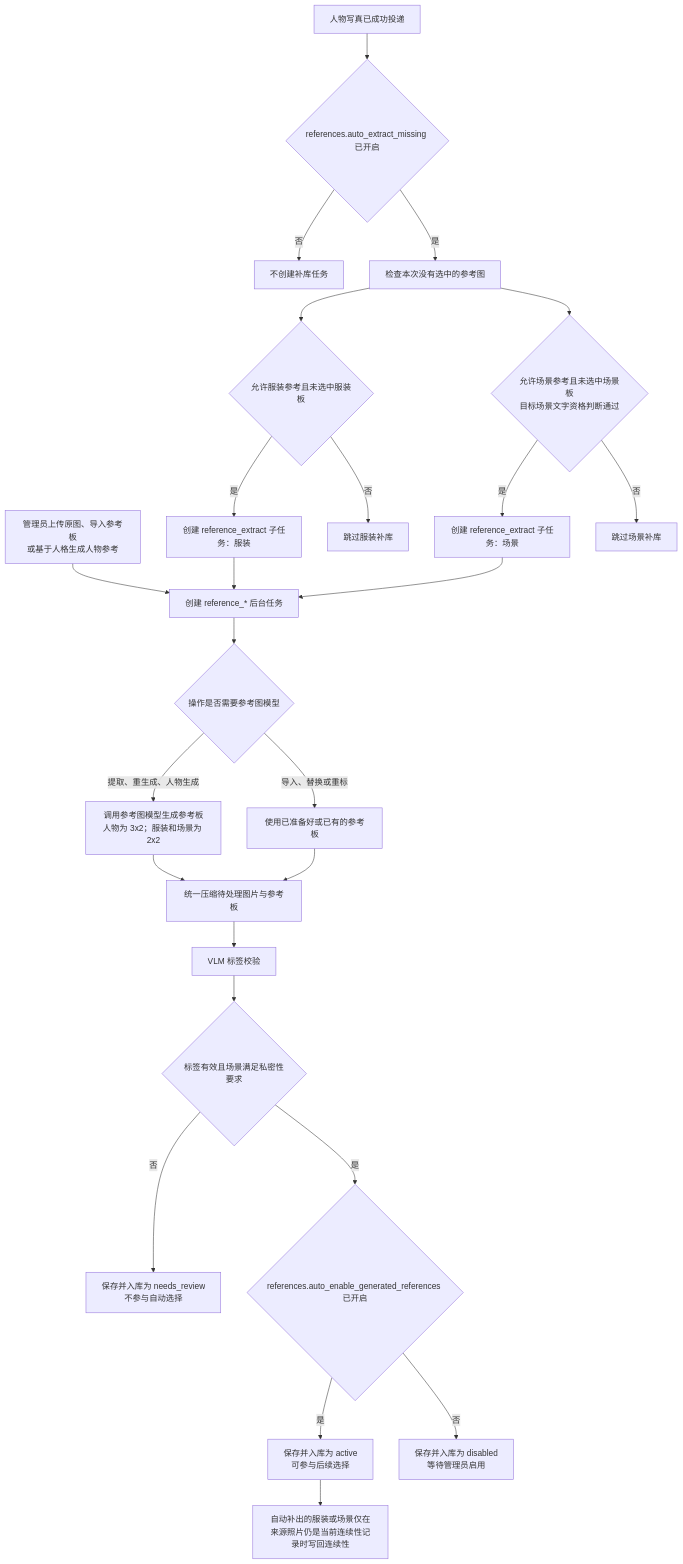
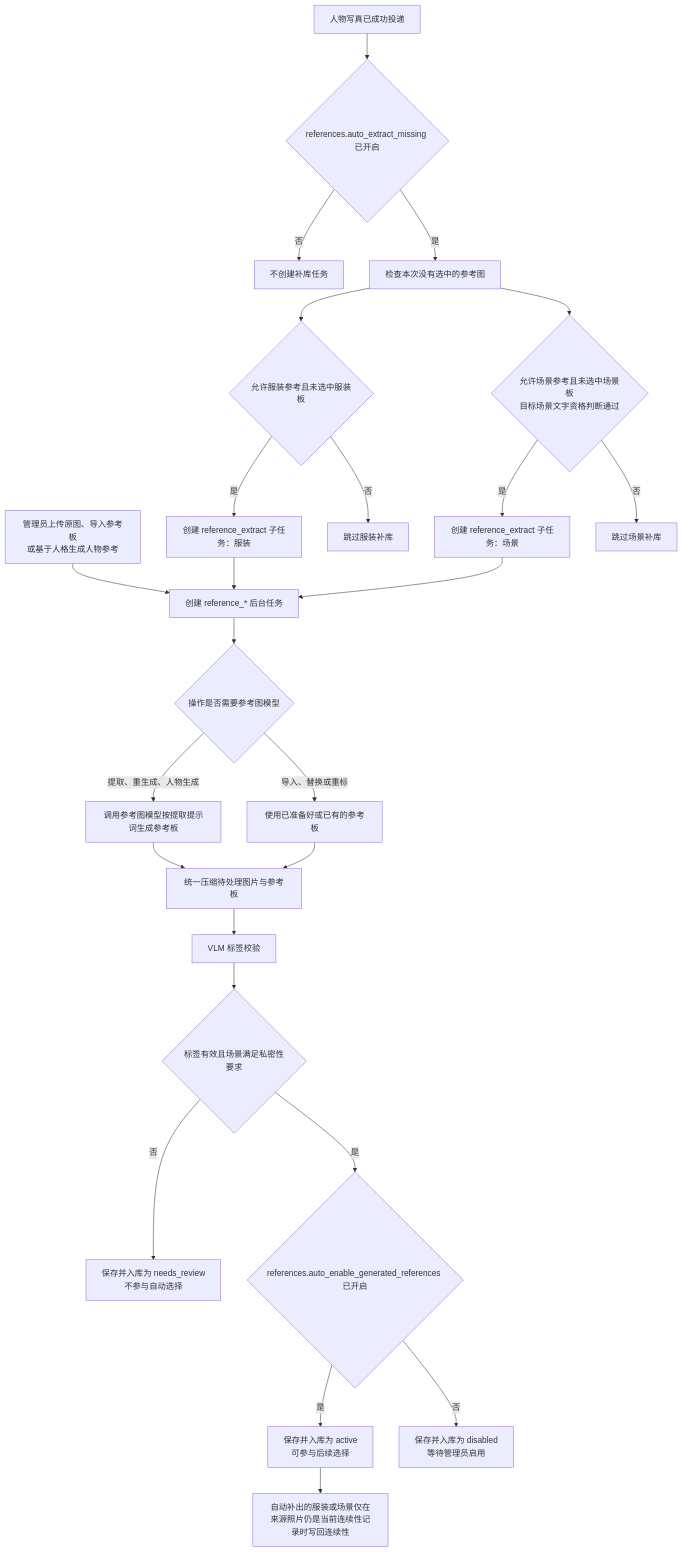
The second of 2 diagrams in README.md (tsuiraku9/maitu-photo-studio), drawn with Mermaid before and after one commit. The commit also changed other lines of this file and 8 other files, not shown here.

````diff
--- a/README.md
+++ b/README.md
@@ -71,27 +216,27 @@
 ```mermaid
 flowchart TD
     A[管理员上传原图、导入参考板<br/>或基于人格生成人物参考] --> B[创建 reference_* 后台任务]
     C[人物写真已成功投递] --> D{references.auto_extract_missing 已开启}
     D -- 否 --> Z[不创建补库任务]
     D -- 是 --> E[检查本次没有选中的参考图]
     E --> F{允许服装参考且未选中服装板}
     E --> G{允许场景参考且未选中场景板<br/>目标场景文字资格判断通过}
     F -- 是 --> H[创建 reference_extract 子任务：服装]
     G -- 是 --> I[创建 reference_extract 子任务：场景]
     F -- 否 --> J[跳过服装补库]
     G -- 否 --> K[跳过场景补库]
     H --> B
     I --> B
     B --> L{操作是否需要参考图模型}
-    L -- 提取、重生成、人物生成 --> M[调用参考图模型生成参考板<br/>人物为 3x2；服装和场景为 2x2]
+    L -- 提取、重生成、人物生成 --> M[调用参考图模型按提取提示词生成参考板]
     L -- 导入、替换或重标 --> N[使用已准备好或已有的参考板]
     M --> O[统一压缩待处理图片与参考板]
     N --> O
     O --> P[VLM 标签校验]
     P --> Q{标签有效且场景满足私密性要求}
     Q -- 否 --> R[保存并入库为 needs_review<br/>不参与自动选择]
     Q -- 是 --> T{references.auto_enable_generated_references 已开启}
     T -- 是 --> U[保存并入库为 active<br/>可参与后续选择]
     T -- 否 --> V[保存并入库为 disabled<br/>等待管理员启用]
     U --> W[自动补出的服装或场景仅在<br/>来源照片仍是当前连续性记录时写回连续性]
 ```
````
